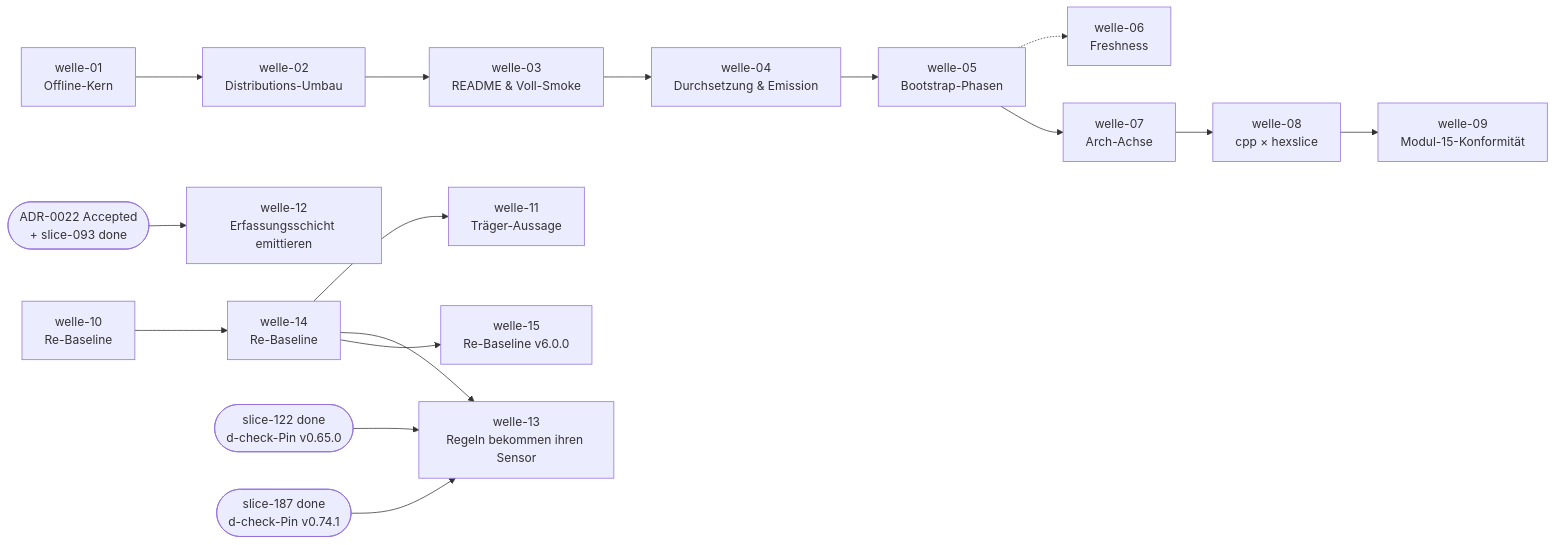
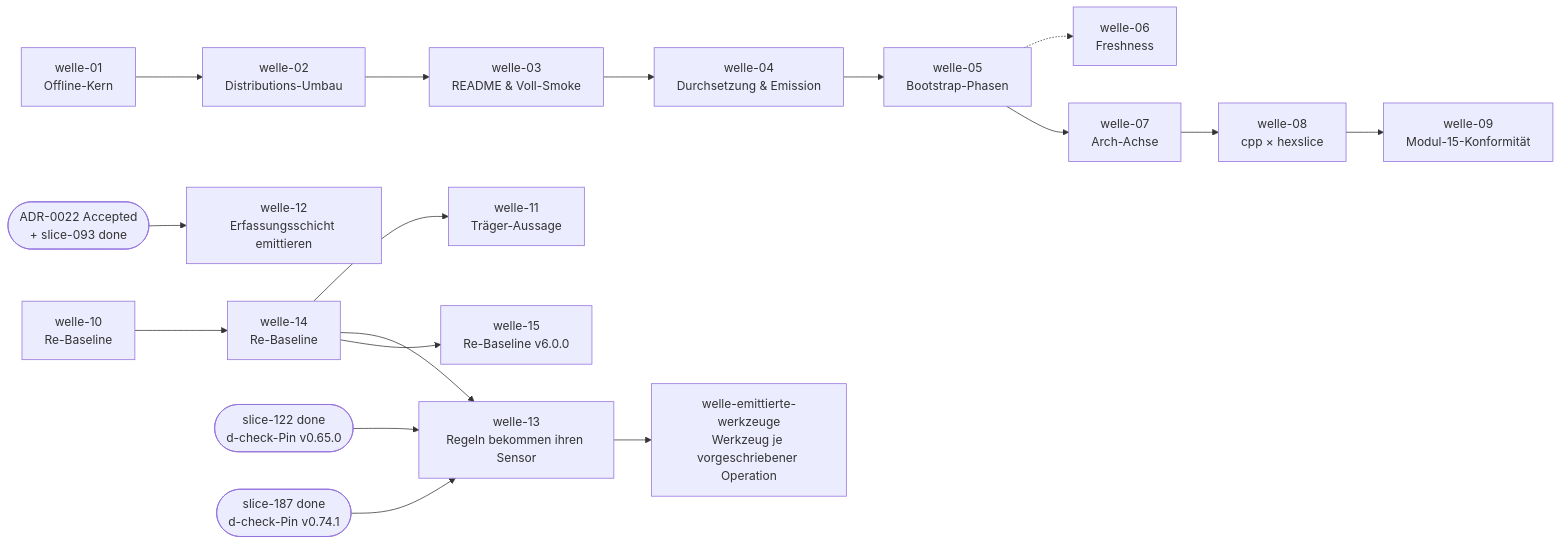
Before and after one commit to pt9912/ai-harness-init: the diagram in docs/plan/planning/in-progress/roadmap.md, drawn with Mermaid. The commit also changed other lines of this file and 5 other files, not shown here.

````diff
--- a/docs/plan/planning/in-progress/roadmap.md
+++ b/docs/plan/planning/in-progress/roadmap.md
@@ -68,29 +69,31 @@
 ```mermaid
 flowchart LR
     W1[welle-01<br/>Offline-Kern]
     W2[welle-02<br/>Distributions-Umbau]
     W3[welle-03<br/>README & Voll-Smoke]
     W4[welle-04<br/>Durchsetzung & Emission]
     W5[welle-05<br/>Bootstrap-Phasen]
     W6[welle-06<br/>Freshness]
     W7[welle-07<br/>Arch-Achse]
     W8[welle-08<br/>cpp × hexslice]
     W9[welle-09<br/>Modul-15-Konformität]
     W10[welle-10<br/>Re-Baseline]
     W11[welle-11<br/>Träger-Aussage]
     W12[welle-12<br/>Erfassungsschicht emittieren]
     W13[welle-13<br/>Regeln bekommen ihren Sensor]
     W14[welle-14<br/>Re-Baseline]
     W15[welle-15<br/>Re-Baseline v6.0.0]
+    W16[welle-emittierte-werkzeuge<br/>Werkzeug je vorgeschriebener Operation]
     W1 --> W2 --> W3 --> W4 --> W5
     W5 -.-> W6
     W5 --> W7 --> W8
     W8 --> W9
     W10 --> W14
     W14 --> W11
     W14 --> W13
     W14 --> W15
+    W13 --> W16
     S122([slice-122 done<br/>d-check-Pin v0.65.0]) --> W13
     S187([slice-187 done<br/>d-check-Pin v0.74.1]) --> W13
     A0022([ADR-0022 Accepted<br/>+ slice-093 done]) --> W12
 ```
````
